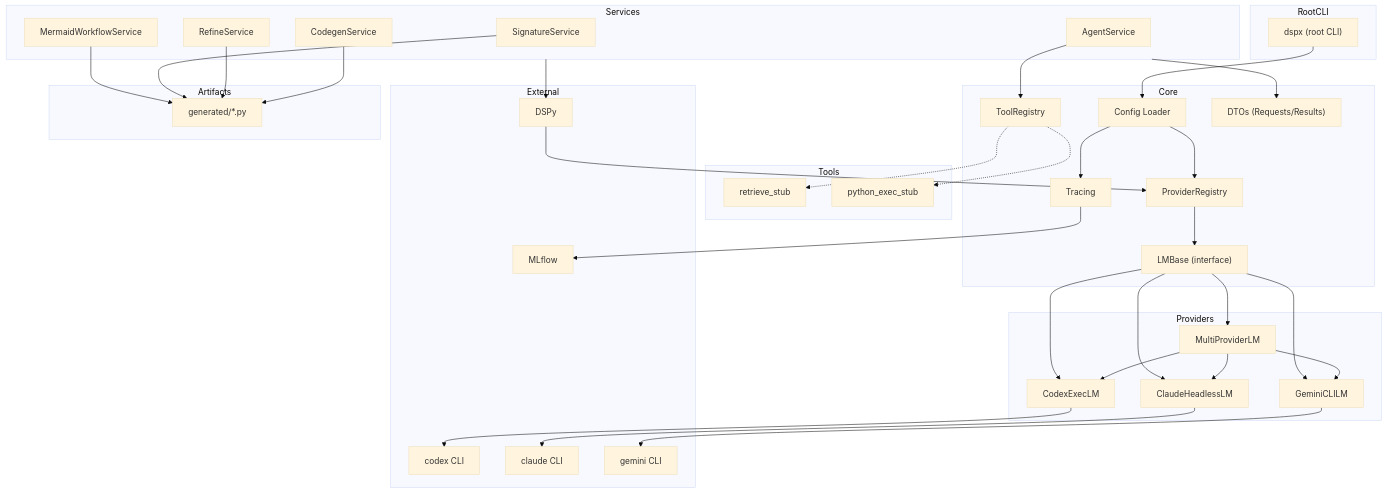
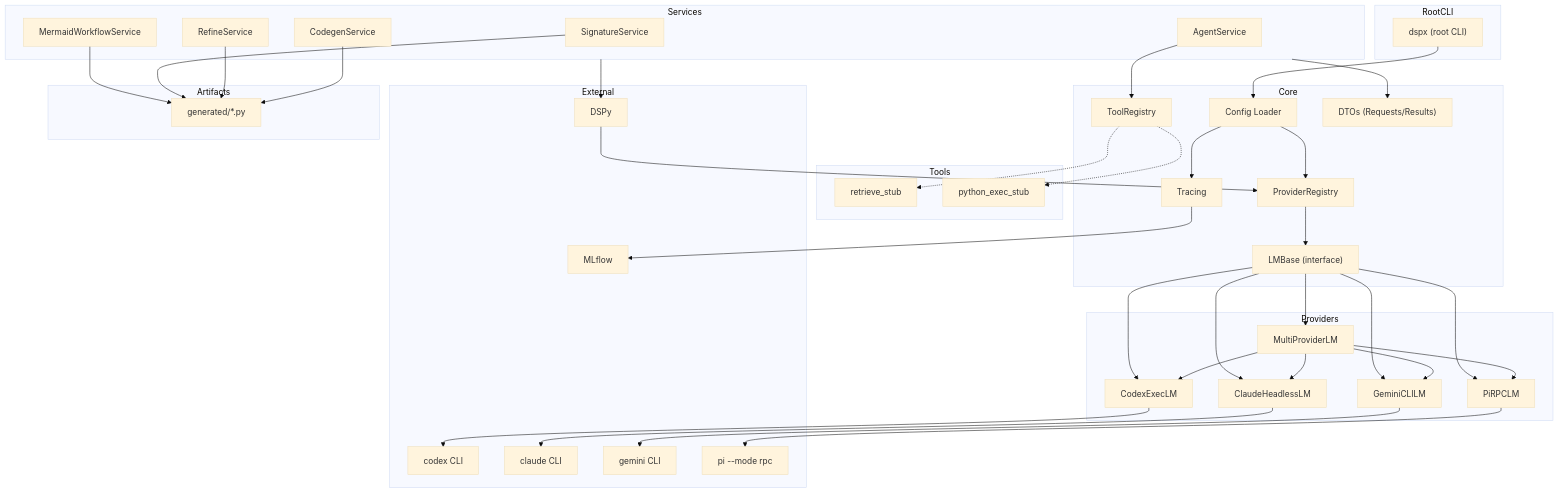
Before and after one commit to tryingET/dspx: the first of 6 diagrams in docs/ARCHITECTURE.md, drawn with Mermaid (base theme). The commit also changed other lines of this file and 6 other files, not shown here.

First line of the commit message:
📝 docs(architecture): refresh vision and docs metadata

````diff
--- a/docs/ARCHITECTURE.md
+++ b/docs/ARCHITECTURE.md
@@ -9,77 +16,82 @@
 ```mermaid
 graph TD
   subgraph RootCLI
     DSPX["dspx (root CLI)"]
   end
 
   subgraph Services
     SigSvc["SignatureService"]
     RefineSvc["RefineService"]
     CodegenSvc["CodegenService"]
     MermaidSvc["MermaidWorkflowService"]
     AgentSvc["AgentService"]
   end
 
   subgraph Core
     Config["Config Loader"]
     Tracing["Tracing"]
     ProviderReg["ProviderRegistry"]
     ToolReg["ToolRegistry"]
     LMBase["LMBase (interface)"]
     DTOs["DTOs (Requests/Results)"]
   end
 
   subgraph Providers
     Codex["CodexExecLM"]
     Claude["ClaudeHeadlessLM"]
     Gemini["GeminiCLILM"]
+    PiRPC["PiRPCLM"]
     Multi["MultiProviderLM"]
   end
 
   subgraph Tools
     ToolA["retrieve_stub"]
     ToolB["python_exec_stub"]
   end
 
   subgraph External
     CodexCLI["codex CLI"]
     ClaudeCLI["claude CLI"]
     GeminiCLI["gemini CLI"]
+    PiCLI["pi --mode rpc"]
     DSPy["DSPy"]
     MLflow["MLflow"]
   end
 
   subgraph Artifacts
     Gen["generated/*.py"]
   end
 
   DSPX --> Config
   Config --> Tracing
   Config --> ProviderReg
   Services --> DTOs
   Services --> DSPy
   AgentSvc --> ToolReg
   MermaidSvc --> Gen
   SigSvc --> Gen
   RefineSvc --> Gen
   CodegenSvc --> Gen
 
   DSPy --> ProviderReg
   ProviderReg --> LMBase
   LMBase --> Codex
   LMBase --> Claude
   LMBase --> Gemini
+  LMBase --> PiRPC
   LMBase --> Multi
   Multi --> Codex
   Multi --> Claude
   Multi --> Gemini
+  Multi --> PiRPC
 
   ToolReg -.-> ToolA
   ToolReg -.-> ToolB
 
   Codex --> CodexCLI
   Claude --> ClaudeCLI
   Gemini --> GeminiCLI
+  PiRPC --> PiCLI
 
   Tracing --> MLflow
 ```
````
